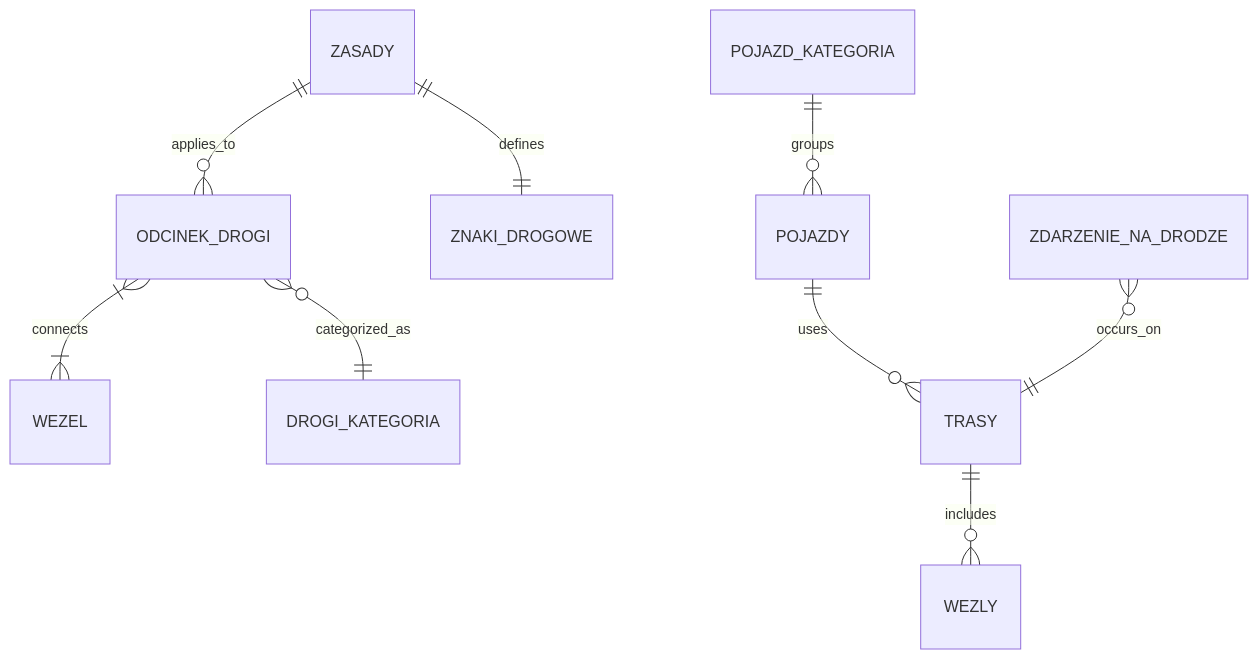
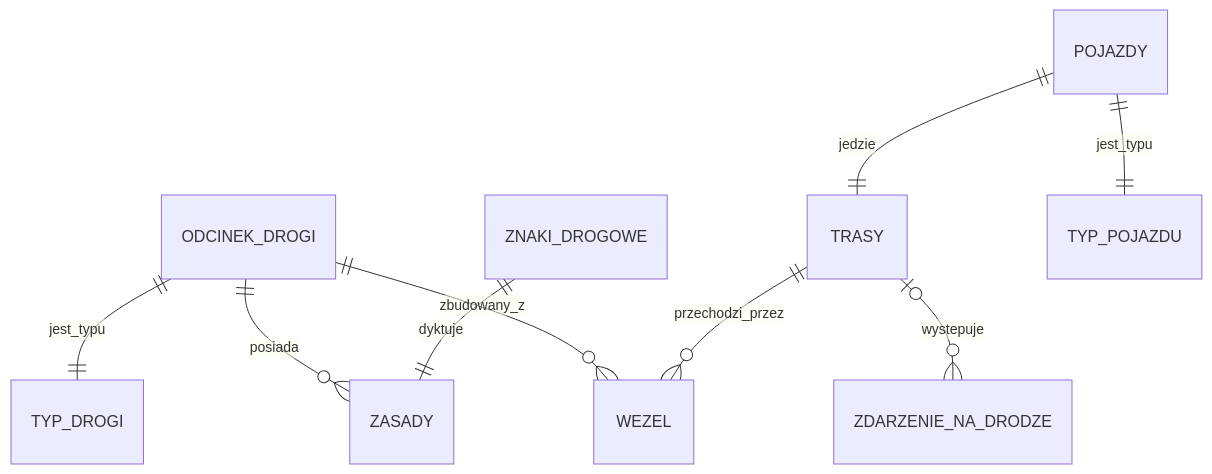
One commit to Vomiroy/Symulator-ruchu-drogowego changed the diagram in docs/domain-model.md. Above: the diagram before and after it, drawn with Mermaid. The commit also changed other lines of this file, not shown here.

````diff
--- a/docs/domain-model.md
+++ b/docs/domain-model.md
@@ -25,16 +24,15 @@
 ```mermaid
 erDiagram
-    ODCINEK_DROGI }|--|{ WEZEL : connects
+    ODCINEK_DROGI ||--o{ WEZEL : "zbudowany_z"
+    ODCINEK_DROGI ||--o{ ZASADY : "posiada"
+    ODCINEK_DROGI ||--|| TYP_DROGI : "jest_typu"
 
-    ZASADY ||--o{ ODCINEK_DROGI : applies_to
-    ZASADY ||--|| ZNAKI_DROGOWE : defines
+    ZNAKI_DROGOWE ||--|| ZASADY : "dyktuje"
 
-    ODCINEK_DROGI }o--|| DROGI_KATEGORIA : categorized_as
+    TRASY ||--o{ WEZEL : "przechodzi_przez"
 
-    TRASY ||--o{ WEZLY : includes
-    POJAZDY ||--o{ TRASY : uses
+    POJAZDY ||--|| TRASY : "jedzie"
+    POJAZDY ||--|| TYP_POJAZDU : "jest_typu"
 
-    POJAZD_KATEGORIA ||--o{ POJAZDY : groups
-
-    ZDARZENIE_NA_DRODZE }o--|| TRASY : occurs_on
+    TRASY o|--o{ ZDARZENIE_NA_DRODZE : "wystepuje"
 ```
````
